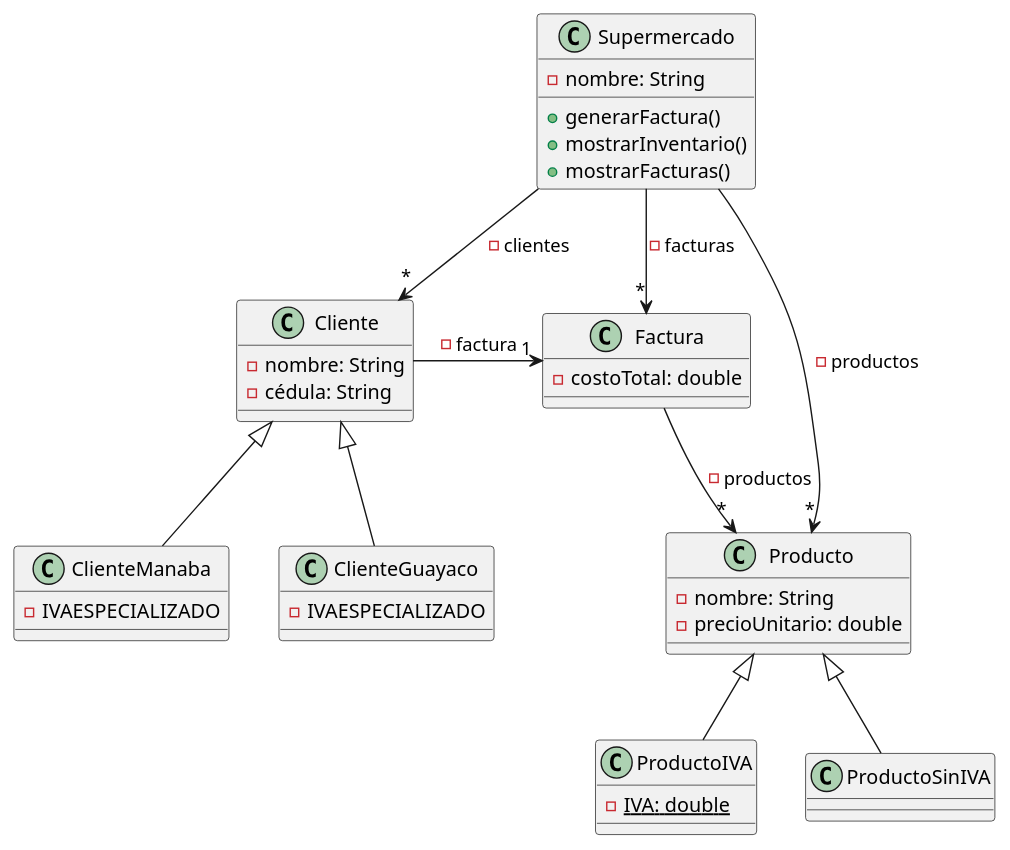
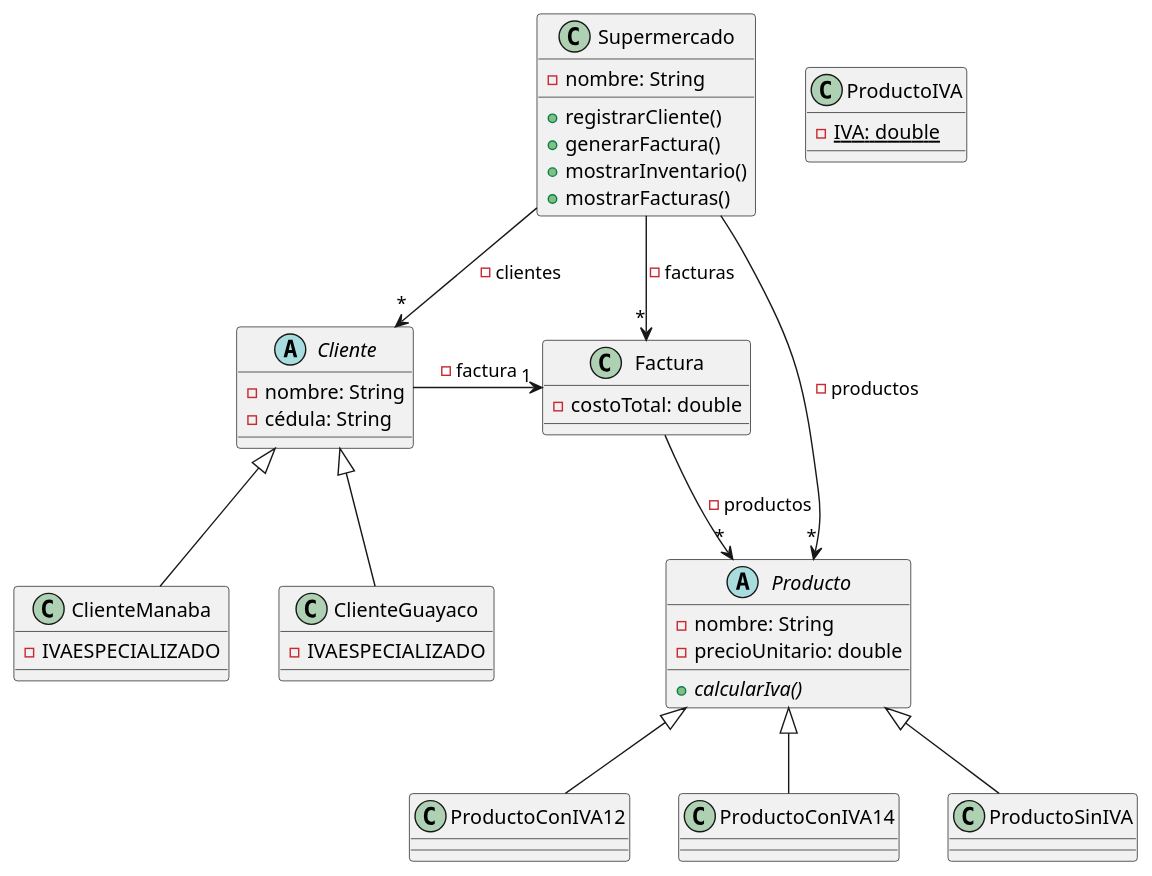
Before and after one commit to LeonelXD1/GestionDeFacturas: the diagram in src/Facturas.puml, drawn with PlantUML. The commit also changed 6 other files, not shown here.

```diff
--- a/src/Facturas.puml
+++ b/src/Facturas.puml
@@ -1,46 +1,48 @@
 @startuml
 class Supermercado {
     -nombre: String
 
+    +registrarCliente()
     +generarFactura()
     +mostrarInventario()
     +mostrarFacturas()
 }
 
 class Factura {
     -costoTotal: double
 }
 
-class Producto {
+abstract class Producto {
     -nombre: String
     -precioUnitario: double
+    +{abstract}calcularIva()
 }
 
-class Cliente {
+abstract class Cliente {
     -nombre: String
     -cédula: String
 }
 
 class ClienteManaba {
     -IVAESPECIALIZADO
 }
 
 class ClienteGuayaco {
     -IVAESPECIALIZADO
 }
 
 class ProductoIVA {
     -{static}IVA: double
 }
 
-Producto <|-- ProductoIVA
+Producto <|-- ProductoConIVA12
+Producto <|-- ProductoConIVA14
 Producto <|-- ProductoSinIVA
 Supermercado -->"*" Producto: - productos
 Supermercado -->"*" Factura: - facturas
 Supermercado -->"*" Cliente: - clientes
 Cliente ->"1" Factura: - factura
 ClienteManaba -up-|> Cliente
 ClienteGuayaco -up-|> Cliente
-
 Factura -->"*" Producto: - productos
 @enduml
```
